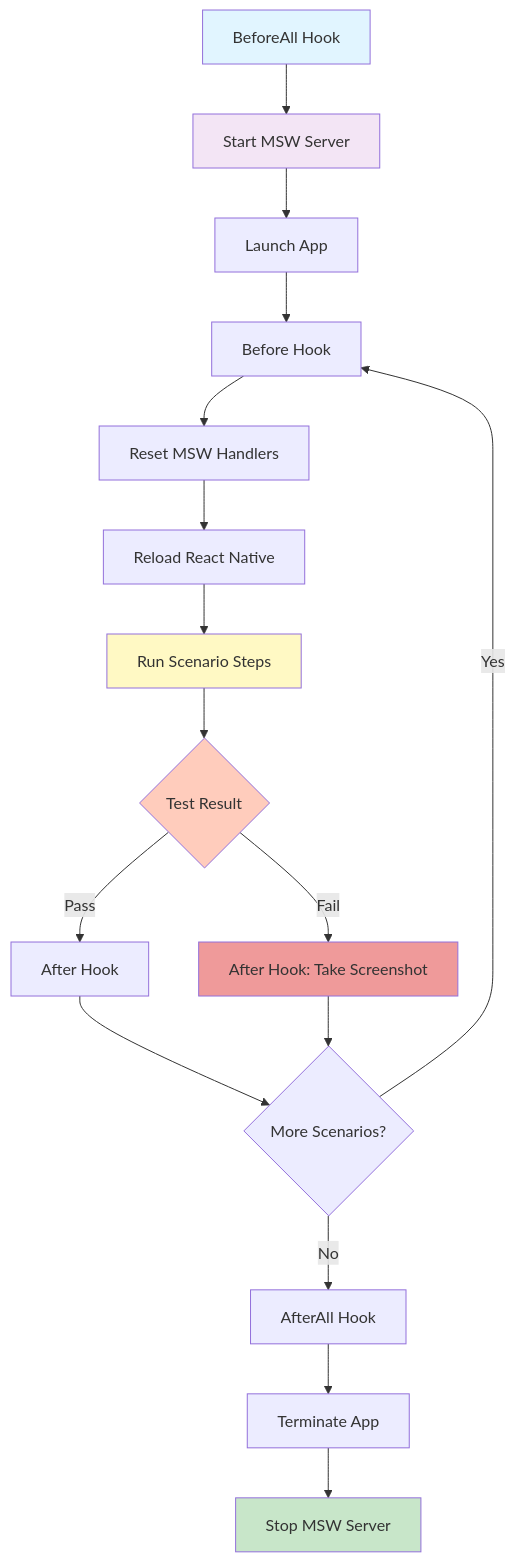
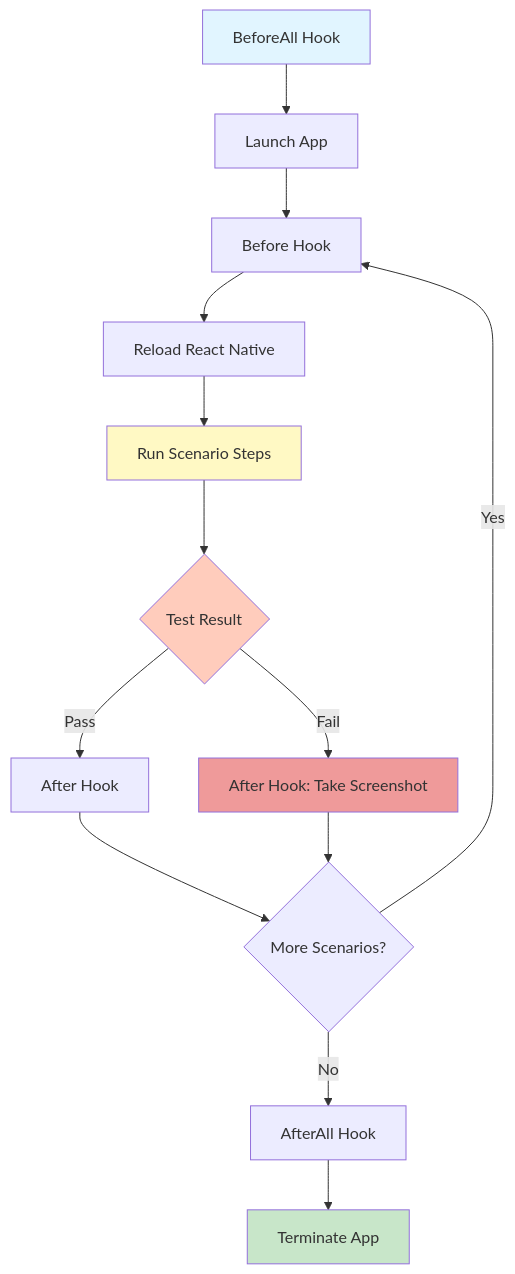
One commit to warrendeleon/rn-warrendeleon changed the second of 3 diagrams in docs/E2E_TESTING.md. Above: the diagram before and after it, drawn with Mermaid. The commit also changed other lines of this file and 24 other files, not shown here.

````diff
--- a/docs/E2E_TESTING.md
+++ b/docs/E2E_TESTING.md
@@ -48,25 +52,21 @@
 ```mermaid
 graph TD
-    A[BeforeAll Hook] --> B[Start MSW Server]
-    B --> C[Launch App]
-    C --> D[Before Hook]
-    D --> E[Reset MSW Handlers]
-    E --> F[Reload React Native]
-    F --> G[Run Scenario Steps]
-    G --> H{Test Result}
-    H -->|Pass| I[After Hook]
-    H -->|Fail| J[After Hook: Take Screenshot]
-    I --> K{More Scenarios?}
-    J --> K
-    K -->|Yes| D
-    K -->|No| L[AfterAll Hook]
-    L --> M[Terminate App]
-    M --> N[Stop MSW Server]
+    A[BeforeAll Hook] --> B[Launch App]
+    B --> C[Before Hook]
+    C --> D[Reload React Native]
+    D --> E[Run Scenario Steps]
+    E --> F{Test Result}
+    F -->|Pass| G[After Hook]
+    F -->|Fail| H[After Hook: Take Screenshot]
+    G --> I{More Scenarios?}
+    H --> I
+    I -->|Yes| C
+    I -->|No| J[AfterAll Hook]
+    J --> K[Terminate App]
 
     style A fill:#e1f5ff
-    style B fill:#f3e5f5
-    style G fill:#fff9c4
-    style H fill:#ffccbc
-    style J fill:#ef9a9a
-    style N fill:#c8e6c9
+    style E fill:#fff9c4
+    style F fill:#ffccbc
+    style H fill:#ef9a9a
+    style K fill:#c8e6c9
 ```
````
